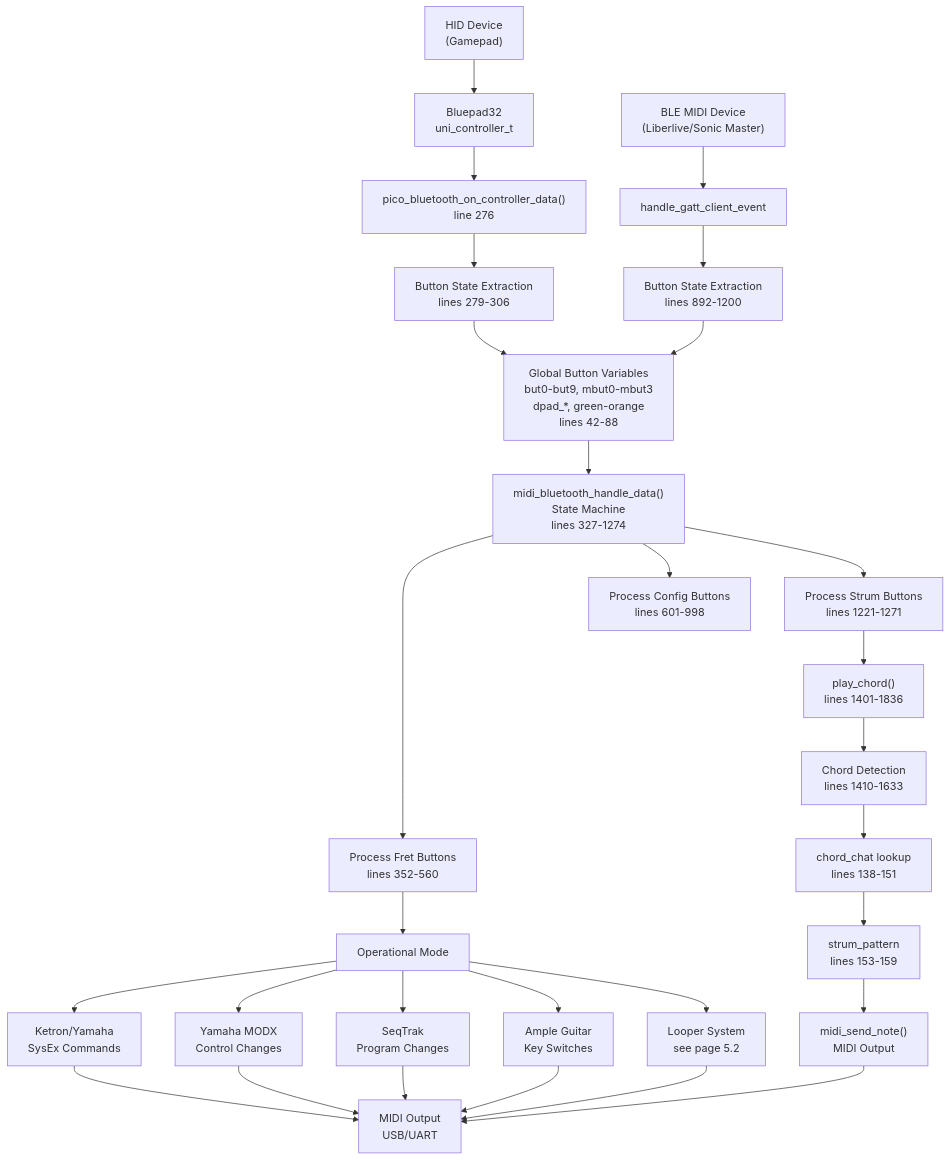
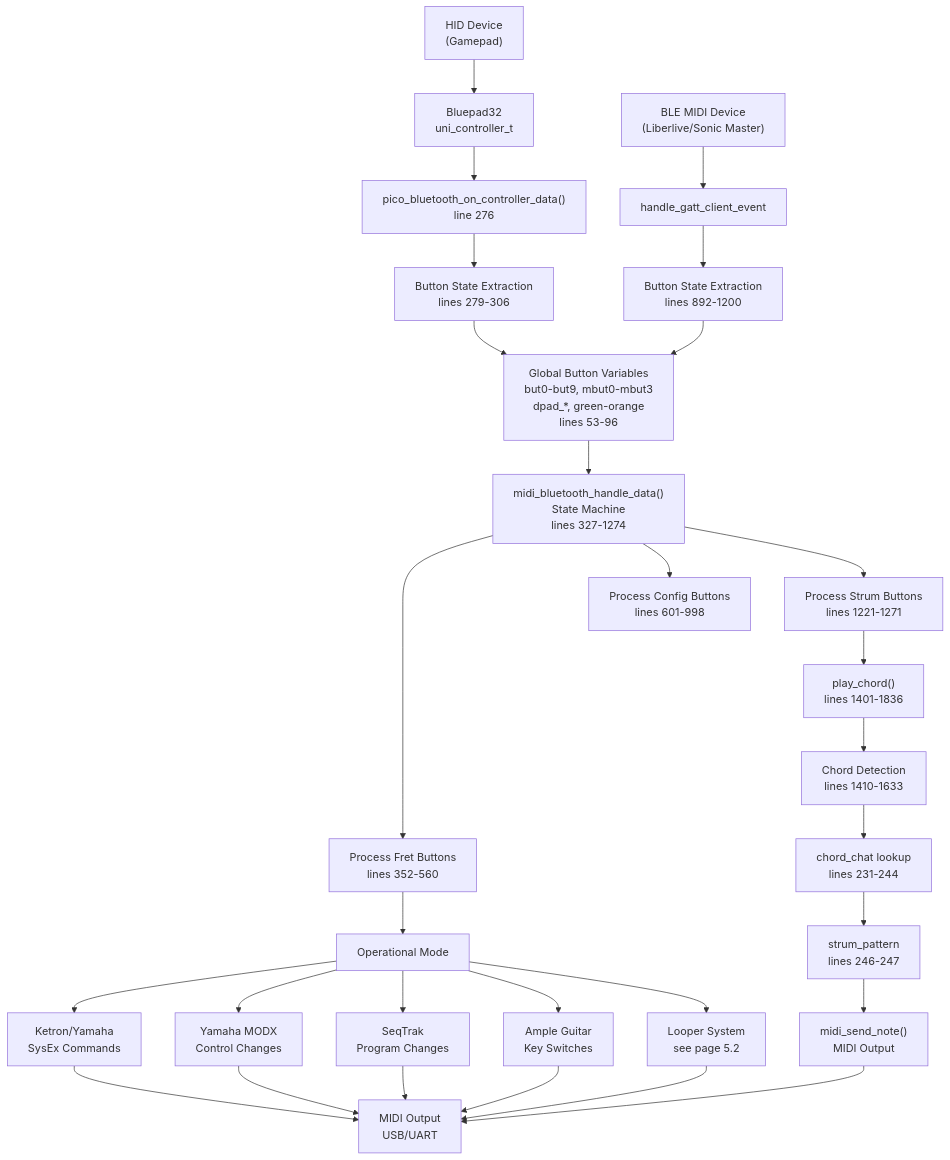
Before and after one commit to Jus-Be/orinayo-pico: the first of 6 diagrams in wiki/4.2-hid-to-midi-translation.md, drawn with Mermaid. The commit also changed other lines of this file and 42 other files, not shown here.

````diff
--- a/wiki/4.2-hid-to-midi-translation.md
+++ b/wiki/4.2-hid-to-midi-translation.md
@@ -28,57 +32,57 @@
 ```mermaid
 flowchart TD
 
 HID["HID Device<br>(Gamepad)"]
 BP32["Bluepad32<br>uni_controller_t"]
 BLE["BLE MIDI Device<br>(Liberlive/Sonic Master)"]
 GATT["handle_gatt_client_event"]
 OnCtlData["pico_bluetooth_on_controller_data()<br>line 276"]
 ExtractBLE["Button State Extraction<br>lines 892-1200"]
 ExtractHID["Button State Extraction<br>lines 279-306"]
-ButtonVars["Global Button Variables<br>but0-but9, mbut0-mbut3<br>dpad_*, green-orange<br>lines 42-88"]
+ButtonVars["Global Button Variables<br>but0-but9, mbut0-mbut3<br>dpad_*, green-orange<br>lines 53-96"]
 StateMachine["midi_bluetooth_handle_data()<br>State Machine<br>lines 327-1274"]
 ProcessFrets["Process Fret Buttons<br>lines 352-560"]
 ProcessStrum["Process Strum Buttons<br>lines 1221-1271"]
 ProcessConfig["Process Config Buttons<br>lines 601-998"]
 ModeLogic["Operational Mode"]
 PlayChord["play_chord()<br>lines 1401-1836"]
 ChordDetect["Chord Detection<br>lines 1410-1633"]
-ChordChat["chord_chat lookup<br>lines 138-151"]
-StrumPattern["strum_pattern<br>lines 153-159"]
+ChordChat["chord_chat lookup<br>lines 231-244"]
+StrumPattern["strum_pattern<br>lines 246-247"]
 MidiSend["midi_send_note()<br>MIDI Output"]
 ArrMidi["Ketron/Yamaha<br>SysEx Commands"]
 ModxMidi["Yamaha MODX<br>Control Changes"]
 SeqMidi["SeqTrak<br>Program Changes"]
 AmpleMidi["Ample Guitar<br>Key Switches"]
 DrumMidi["Looper System<br>see page 5.2"]
 MidiOutput["MIDI Output<br>USB/UART"]
 
 HID --> BP32
 BLE --> GATT
 BP32 --> OnCtlData
 GATT --> ExtractBLE
 OnCtlData --> ExtractHID
 ExtractHID --> ButtonVars
 ExtractBLE --> ButtonVars
 ButtonVars --> StateMachine
 StateMachine --> ProcessFrets
 StateMachine --> ProcessStrum
 StateMachine --> ProcessConfig
 ProcessFrets --> ModeLogic
 ProcessStrum --> PlayChord
 PlayChord --> ChordDetect
 ChordDetect --> ChordChat
 ChordChat --> StrumPattern
 StrumPattern --> MidiSend
 ModeLogic --> ArrMidi
 ModeLogic --> ModxMidi
 ModeLogic --> SeqMidi
 ModeLogic --> AmpleMidi
 ModeLogic --> DrumMidi
 ArrMidi --> MidiOutput
 ModxMidi --> MidiOutput
 SeqMidi --> MidiOutput
 AmpleMidi --> MidiOutput
 DrumMidi --> MidiOutput
 MidiSend --> MidiOutput
 ```
````
